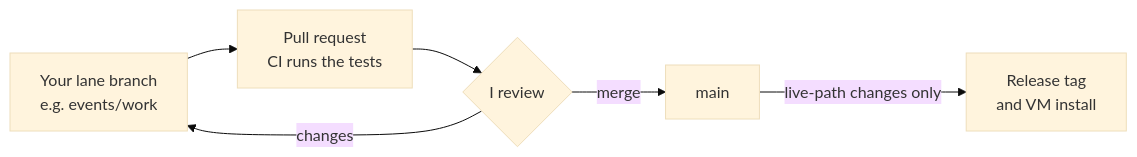
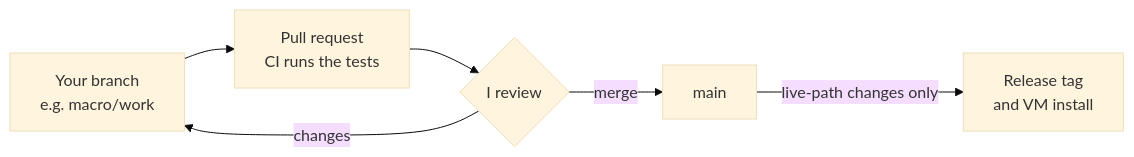
The diagram in README.md (quanttqueensu/CreditTrading), drawn with Mermaid (base theme) before and after one commit. The commit also changed other lines of this file and 11 other files, not shown here.

````diff
--- a/README.md
+++ b/README.md
@@ -129,8 +133,8 @@
 ```mermaid
 flowchart LR
-    A["Your lane branch<br/>e.g. events/work"] --> B["Pull request<br/>CI runs the tests"]
+    A["Your branch<br/>e.g. macro/work"] --> B["Pull request<br/>CI runs the tests"]
     B --> C{"I review"}
     C -- "changes" --> A
     C -- "merge" --> D["main"]
     D -- "live-path changes only" --> E["Release tag<br/>and VM install"]
 ```
````
